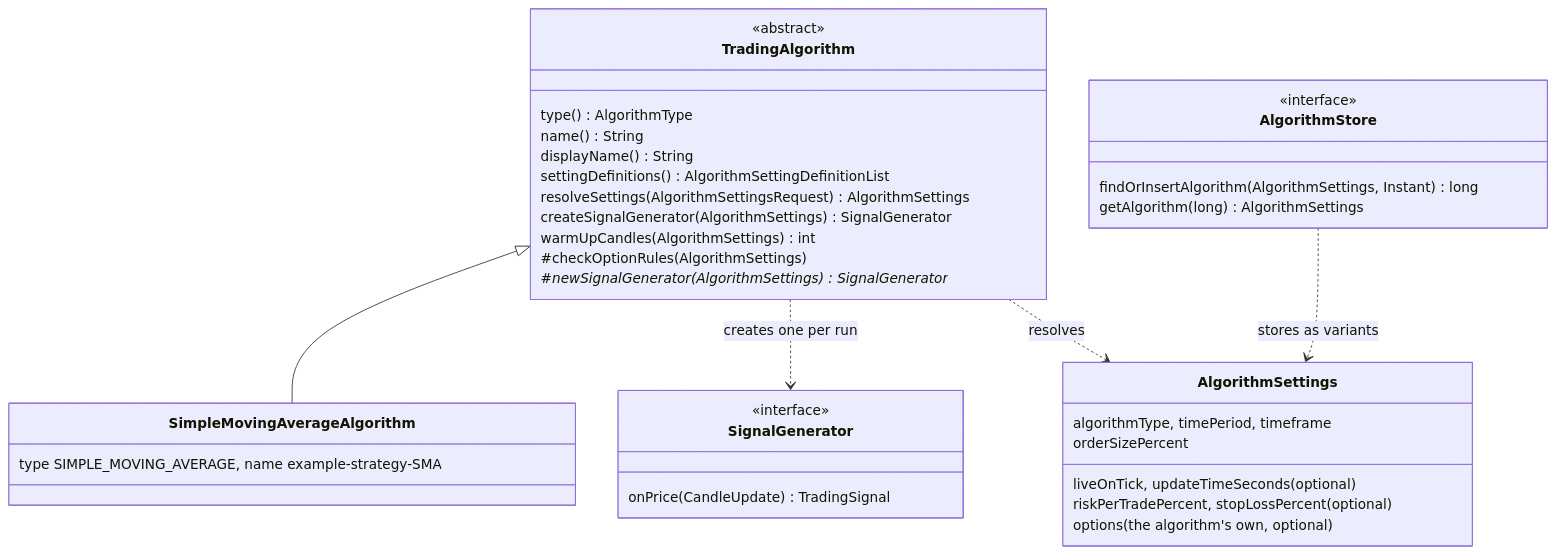
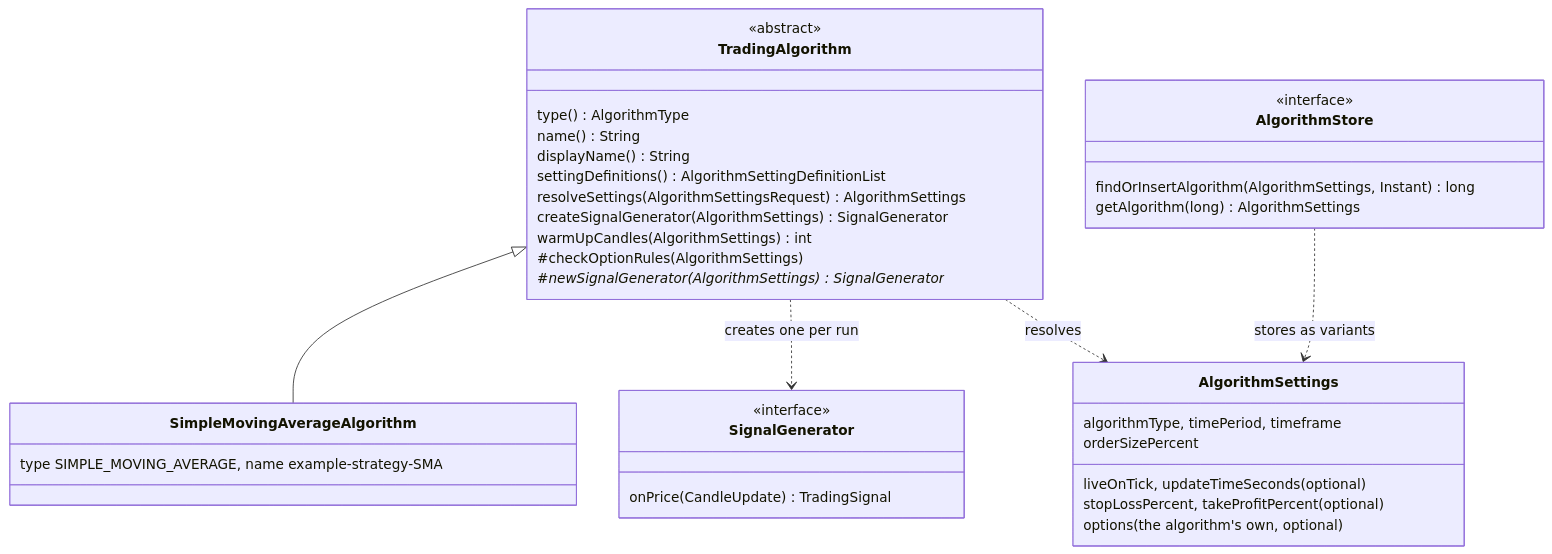
One commit to ShadowOfDiablo/t212-coding-task changed diagram 25 of 31 in docs/ARCHITECTURE.md. Above: the diagram before and after it, drawn with Mermaid. The commit also changed other lines of this file and 71 other files, not shown here.

````diff
--- a/docs/ARCHITECTURE.md
+++ b/docs/ARCHITECTURE.md
@@ -1183,38 +1185,38 @@
 ```mermaid
 classDiagram
     class TradingAlgorithm {
         <<abstract>>
         type() AlgorithmType
         name() String
         displayName() String
         settingDefinitions() AlgorithmSettingDefinitionList
         resolveSettings(AlgorithmSettingsRequest) AlgorithmSettings
         createSignalGenerator(AlgorithmSettings) SignalGenerator
         warmUpCandles(AlgorithmSettings) int
         #checkOptionRules(AlgorithmSettings)
         #newSignalGenerator(AlgorithmSettings)* SignalGenerator
     }
     class SignalGenerator {
         <<interface>>
         onPrice(CandleUpdate) TradingSignal
     }
     class AlgorithmSettings {
         algorithmType, timePeriod, timeframe
         liveOnTick, updateTimeSeconds (optional)
         orderSizePercent
-        riskPerTradePercent, stopLossPercent (optional)
+        stopLossPercent, takeProfitPercent (optional)
         options (the algorithm's own, optional)
     }
     class AlgorithmStore {
         <<interface>>
         findOrInsertAlgorithm(AlgorithmSettings, Instant) long
         getAlgorithm(long) AlgorithmSettings
     }
     class SimpleMovingAverageAlgorithm {
         type SIMPLE_MOVING_AVERAGE, name example-strategy-SMA
     }
     TradingAlgorithm <|-- SimpleMovingAverageAlgorithm
     TradingAlgorithm ..> SignalGenerator : creates one per run
     TradingAlgorithm ..> AlgorithmSettings : resolves
     AlgorithmStore ..> AlgorithmSettings : stores as variants
 ```
````
